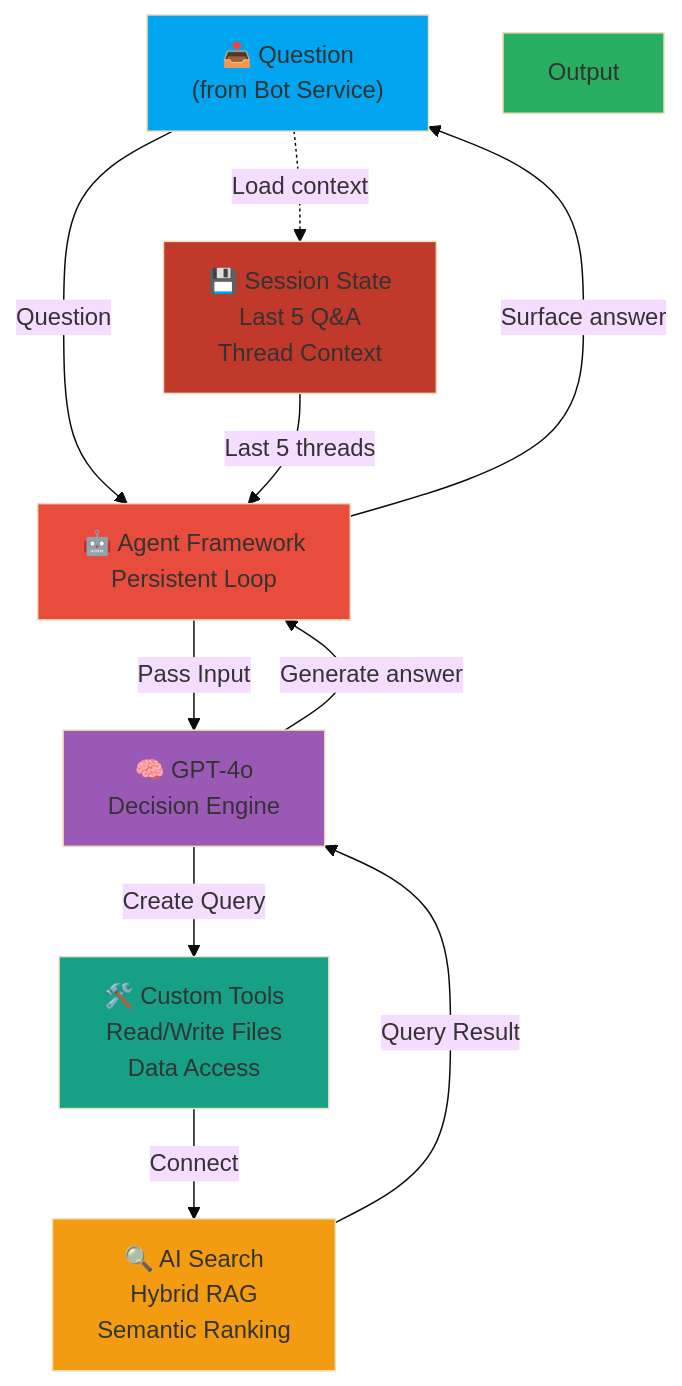
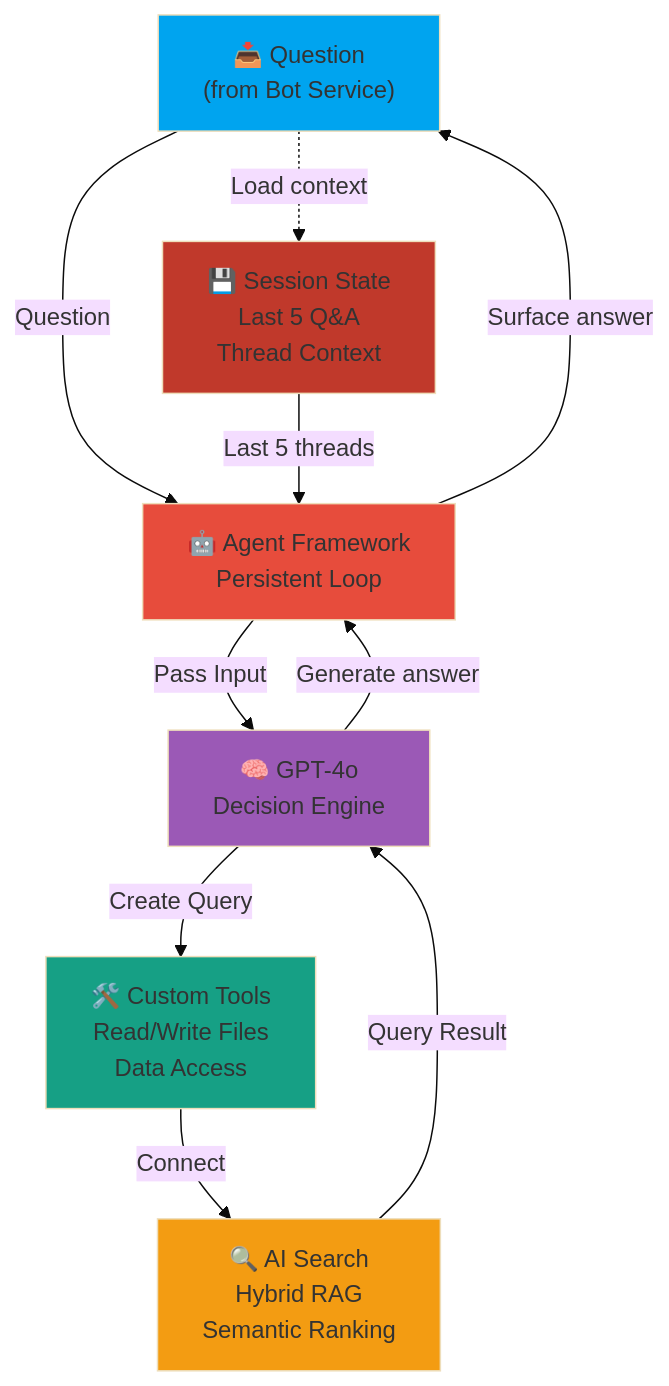
Before and after one commit to gabycb/rag-sample-copy: the second of 3 diagrams in README.md, drawn with Mermaid (base theme).

Commit message:
Remove Output style from README diagram
Removed Output style from the diagram.

````diff
--- a/README.md
+++ b/README.md
@@ -74,34 +74,33 @@
 ```mermaid
 graph TB
     Input["📥 Question<br/>(from Bot Service)"]
     
     SessionMgr["💾 Session State<br/>Last 5 Q&A<br/>Thread Context"]
     
     Agent["🤖 Agent Framework<br/>Persistent Loop"]
     
     LLM["🧠 GPT-4o<br/>Decision Engine"]
     
     Tools["🛠️ Custom Tools<br/>Read/Write Files<br/>Data Access"]
     
     Search["🔍 AI Search<br/>Hybrid RAG<br/>Semantic Ranking"]
         
     Input -->|Question| Agent
     Input -.->|Load context| SessionMgr
     SessionMgr -->|Last 5 threads| Agent
     
     Agent -->|Pass Input| LLM
     LLM -->|Create Query| Tools
     Tools -->|Connect| Search
     Search -->|Query Result| LLM
     
     LLM -->|Generate answer| Agent
     Agent -->|Surface answer| Input
     
     style Input fill:#00a4ef
     style Agent fill:#e74c3c
     style LLM fill:#9b59b6
     style SessionMgr fill:#c0392b
     style Tools fill:#16a085
     style Search fill:#f39c12
-    style Output fill:#27ae60
 ```
````
